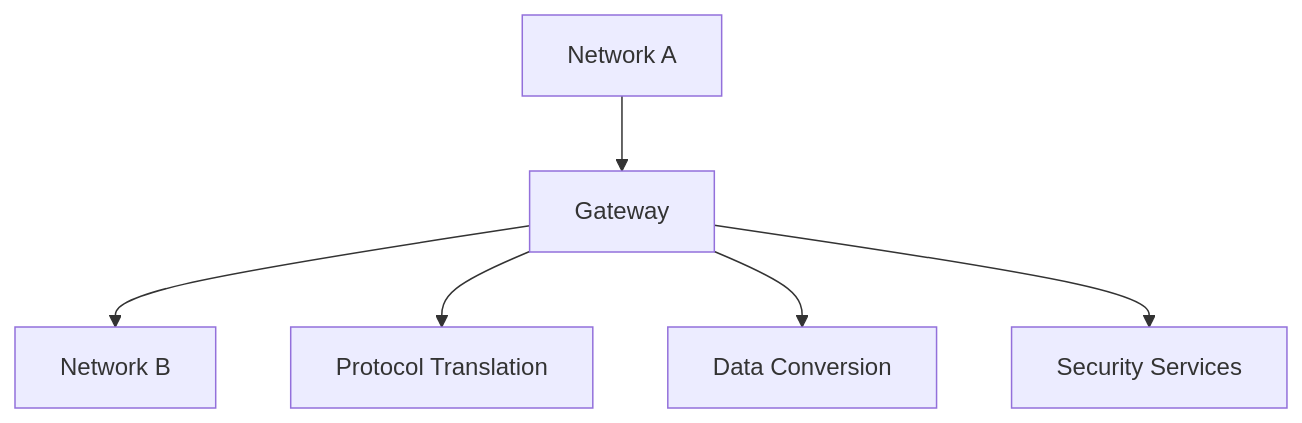
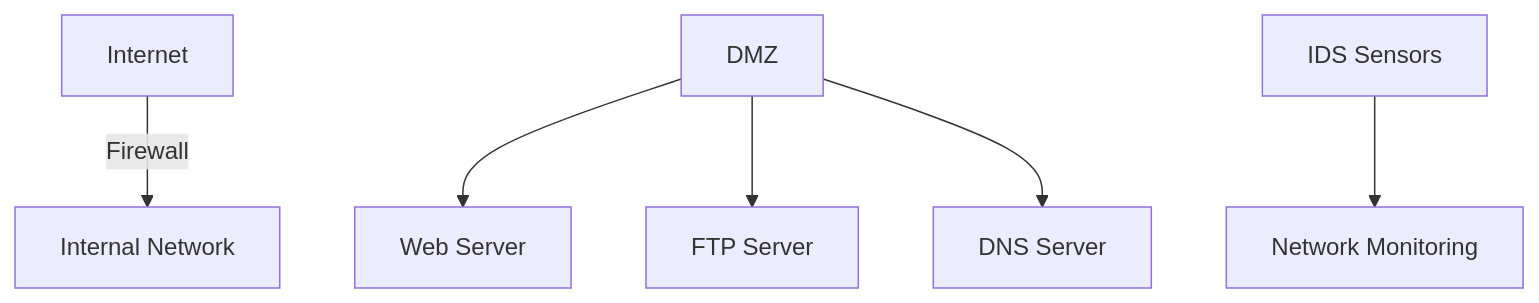
One commit to Attash2312/cntheory changed the diagram in ch8/8.9_Operational_Security_Firewalls_IDS.md. Above: the diagram before and after it, drawn with Mermaid. The commit also changed other lines of this file and 79 other files, not shown here.

````diff
--- a/ch8/8.9_Operational_Security_Firewalls_IDS.md
+++ b/ch8/8.9_Operational_Security_Firewalls_IDS.md
@@ -77,8 +199,8 @@
 ```mermaid
 graph TD
-    A[Network A] --> G[Gateway]
-    G --> B[Network B]
-    G --> C[Protocol Translation]
-    G --> D[Data Conversion]
-    G --> E[Security Services]
+  A[Internet] -- Firewall --> B[Internal Network]
+  C[DMZ] --> D[Web Server]
+  C --> E[FTP Server]
+  C --> F[DNS Server]
+  G[IDS Sensors] --> H[Network Monitoring]
 ```
````
